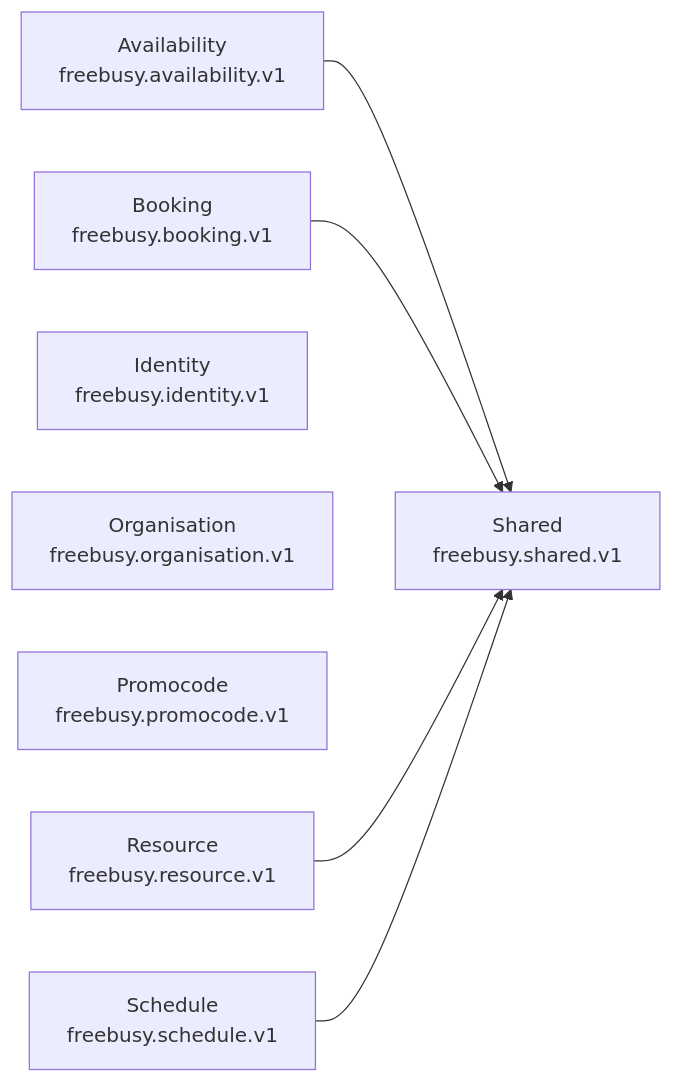
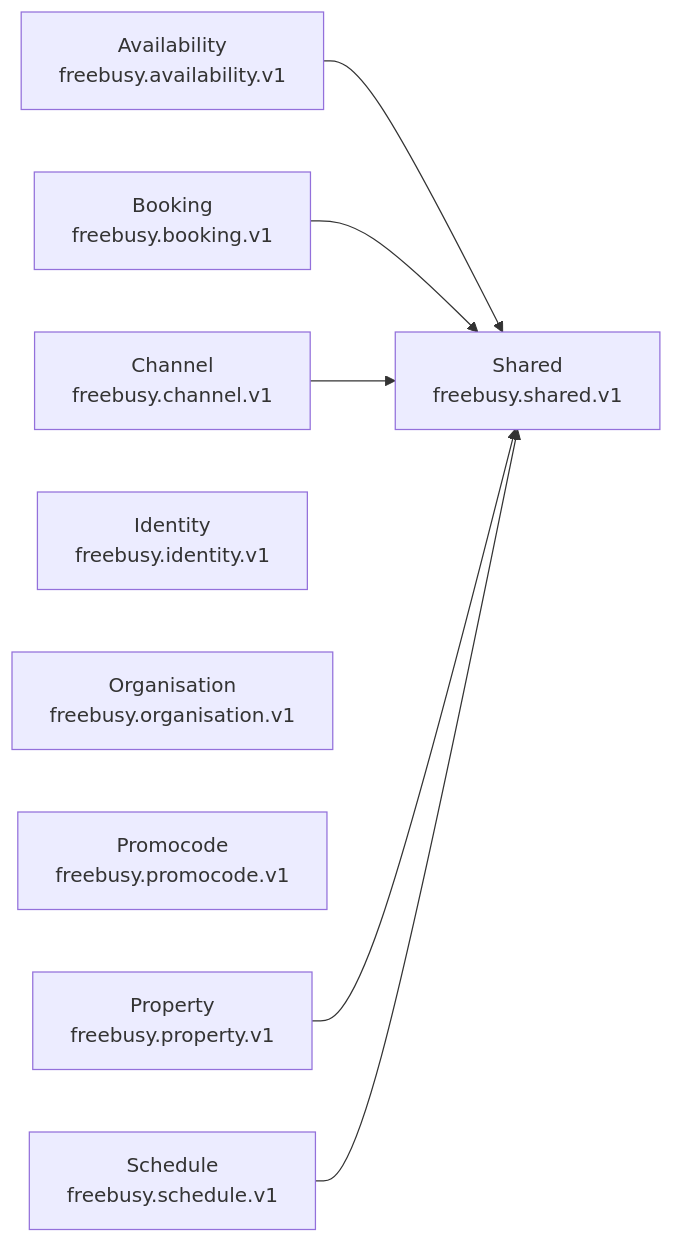
Before and after one commit to oh-tarnished/freebusy: the diagram in protobuf/README.md, drawn with Mermaid. The commit also changed other lines of this file and 618 other files, not shown here.

First line of the commit message:
feat(promocode): update README and schema documentation for PromoCode model

````diff
--- a/protobuf/README.md
+++ b/protobuf/README.md
@@ -26,15 +27,17 @@
 ```mermaid
 graph LR
     freebusy_availability_v1["Availability<br/>freebusy.availability.v1"]
     freebusy_booking_v1["Booking<br/>freebusy.booking.v1"]
+    freebusy_channel_v1["Channel<br/>freebusy.channel.v1"]
     freebusy_identity_v1["Identity<br/>freebusy.identity.v1"]
     freebusy_organisation_v1["Organisation<br/>freebusy.organisation.v1"]
     freebusy_promocode_v1["Promocode<br/>freebusy.promocode.v1"]
-    freebusy_resource_v1["Resource<br/>freebusy.resource.v1"]
+    freebusy_property_v1["Property<br/>freebusy.property.v1"]
     freebusy_schedule_v1["Schedule<br/>freebusy.schedule.v1"]
     freebusy_shared_v1["Shared<br/>freebusy.shared.v1"]
     freebusy_availability_v1 --> freebusy_shared_v1
     freebusy_booking_v1 --> freebusy_shared_v1
-    freebusy_resource_v1 --> freebusy_shared_v1
+    freebusy_channel_v1 --> freebusy_shared_v1
+    freebusy_property_v1 --> freebusy_shared_v1
     freebusy_schedule_v1 --> freebusy_shared_v1
 ```
````
